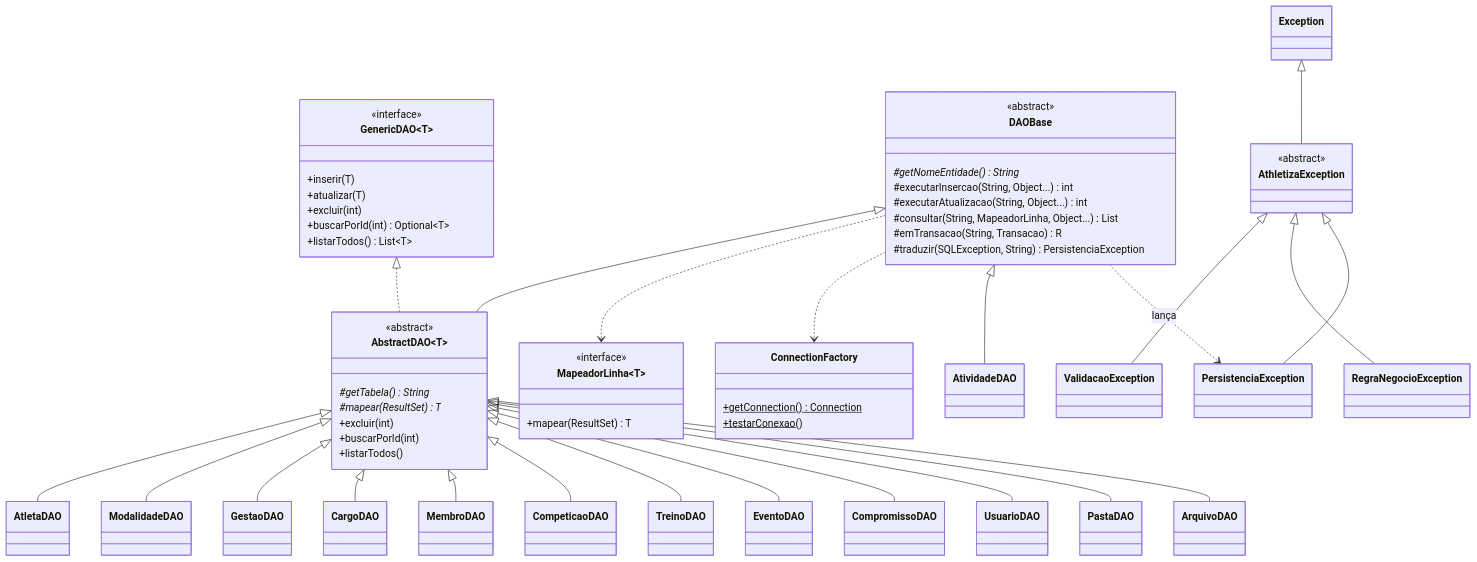
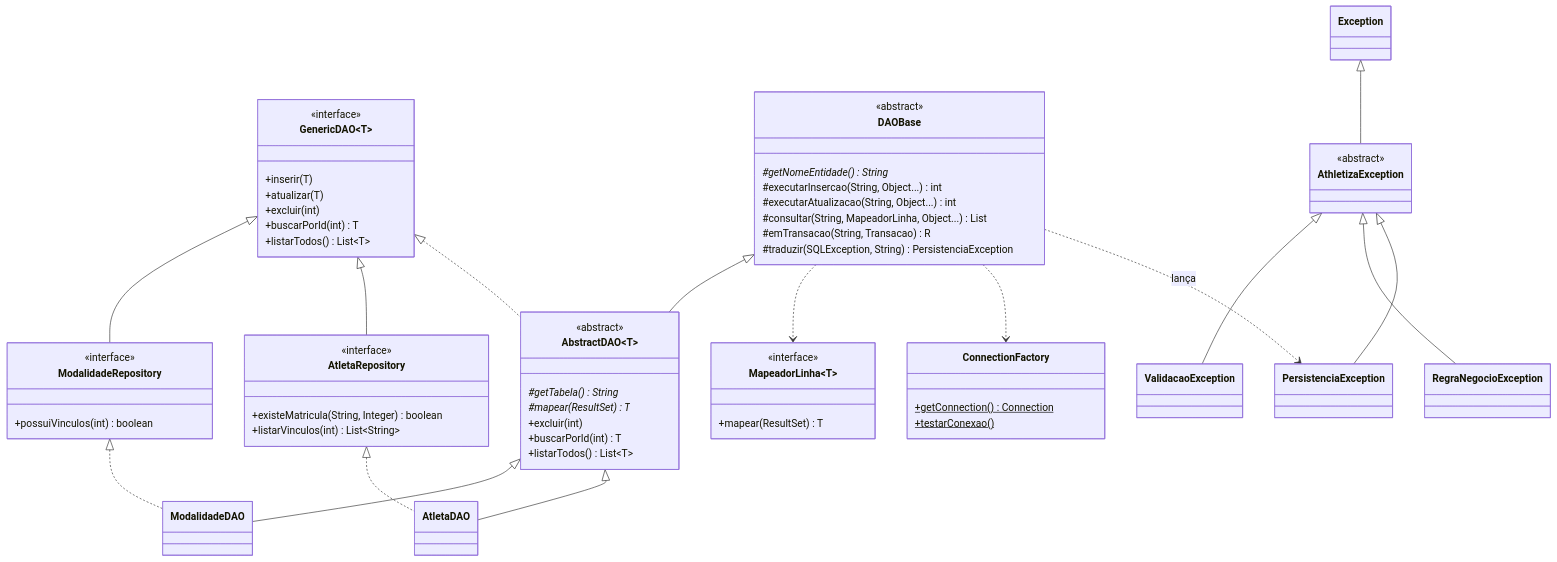
One commit to mheloisawitt/Athletiza changed the second of 4 diagrams in docs/diagramas/classes.md. Above: the diagram before and after it, drawn with Mermaid. The commit also changed other lines of this file and 196 other files, not shown here.

````diff
--- a/docs/diagramas/classes.md
+++ b/docs/diagramas/classes.md
@@ -188,65 +224,69 @@
 ```mermaid
 classDiagram
     direction TB
 
     class GenericDAO~T~ {
         <<interface>>
         +inserir(T)
         +atualizar(T)
         +excluir(int)
-        +buscarPorId(int) Optional~T~
+        +buscarPorId(int) T
         +listarTodos() List~T~
+    }
+    class ModalidadeRepository {
+        <<interface>>
+        +possuiVinculos(int) boolean
+    }
+    class AtletaRepository {
+        <<interface>>
+        +existeMatricula(String, Integer) boolean
+        +listarVinculos(int) List~String~
     }
     class MapeadorLinha~T~ {
         <<interface>>
         +mapear(ResultSet) T
     }
     class DAOBase {
         <<abstract>>
         #getNomeEntidade()* String
         #executarInsercao(String, Object...) int
         #executarAtualizacao(String, Object...) int
         #consultar(String, MapeadorLinha, Object...) List
         #emTransacao(String, Transacao) R
         #traduzir(SQLException, String) PersistenciaException
     }
     class AbstractDAO~T~ {
         <<abstract>>
         #getTabela()* String
         #mapear(ResultSet)* T
         +excluir(int)
-        +buscarPorId(int)
-        +listarTodos()
+        +buscarPorId(int) T
+        +listarTodos() List~T~
     }
     class ConnectionFactory {
         +getConnection()$ Connection
         +testarConexao()$
     }
+    class ModalidadeDAO
+    class AtletaDAO
 
+    GenericDAO <|-- ModalidadeRepository
+    GenericDAO <|-- AtletaRepository
     GenericDAO <|.. AbstractDAO
     DAOBase <|-- AbstractDAO
     DAOBase ..> MapeadorLinha
     DAOBase ..> ConnectionFactory
+    AbstractDAO <|-- ModalidadeDAO
     AbstractDAO <|-- AtletaDAO
-    AbstractDAO <|-- ModalidadeDAO
-    AbstractDAO <|-- GestaoDAO
-    AbstractDAO <|-- CargoDAO
-    AbstractDAO <|-- MembroDAO
-    AbstractDAO <|-- CompeticaoDAO
-    AbstractDAO <|-- TreinoDAO
-    AbstractDAO <|-- EventoDAO
-    AbstractDAO <|-- CompromissoDAO
-    AbstractDAO <|-- UsuarioDAO
-    AbstractDAO <|-- PastaDAO
-    AbstractDAO <|-- ArquivoDAO
-    DAOBase <|-- AtividadeDAO
+    ModalidadeRepository <|.. ModalidadeDAO
+    AtletaRepository <|.. AtletaDAO
 
     class AthletizaException {
         <<abstract>>
     }
     Exception <|-- AthletizaException
     AthletizaException <|-- ValidacaoException
     AthletizaException <|-- RegraNegocioException
     AthletizaException <|-- PersistenciaException
     DAOBase ..> PersistenciaException : lança
 ```
````
